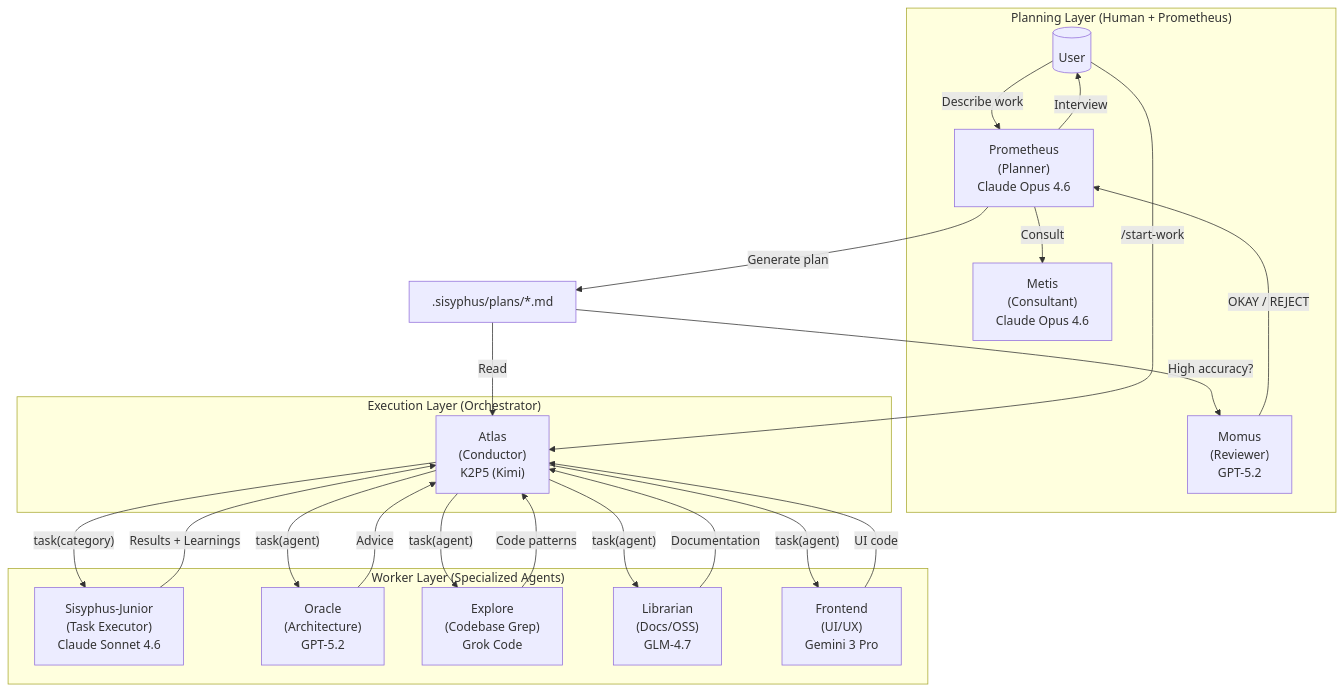
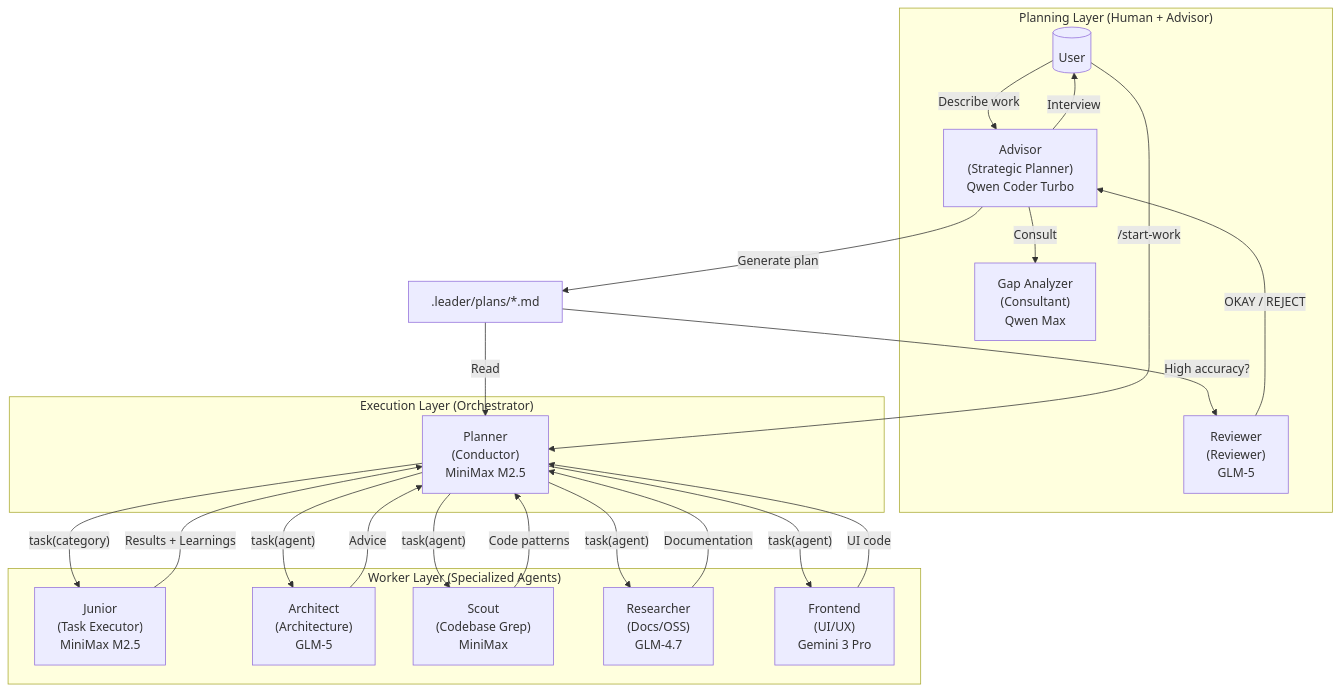
Before and after one commit to DevSquad-AI/DevSquad: the first of 3 diagrams in docs/guide/orchestration.md, drawn with Mermaid. The commit also changed other lines of this file and 8 other files, not shown here.

````diff
--- a/docs/guide/orchestration.md
+++ b/docs/guide/orchestration.md
@@ -33,43 +33,43 @@
 ```mermaid
 flowchart TB
-    subgraph Planning["Planning Layer (Human + Prometheus)"]
+    subgraph Planning["Planning Layer (Human + Advisor)"]
         User[(" User")]
-        Prometheus[" Prometheus<br/>(Planner)<br/>Claude Opus 4.6"]
-        Metis[" Metis<br/>(Consultant)<br/>Claude Opus 4.6"]
-        Momus[" Momus<br/>(Reviewer)<br/>GPT-5.2"]
+        Advisor[" Advisor<br/>(Strategic Planner)<br/>Qwen Coder Turbo"]
+        GapAnalyzer[" Gap Analyzer<br/>(Consultant)<br/>Qwen Max"]
+        Reviewer[" Reviewer<br/>(Reviewer)<br/>GLM-5"]
     end
     
     subgraph Execution["Execution Layer (Orchestrator)"]
-        Orchestrator[" Atlas<br/>(Conductor)<br/>K2P5 (Kimi)"]
+        Orchestrator[" Planner<br/>(Conductor)<br/>MiniMax M2.5"]
     end
     
     subgraph Workers["Worker Layer (Specialized Agents)"]
-        Junior[" Sisyphus-Junior<br/>(Task Executor)<br/>Claude Sonnet 4.6"]
-        Oracle[" Oracle<br/>(Architecture)<br/>GPT-5.2"]
-        Explore[" Explore<br/>(Codebase Grep)<br/>Grok Code"]
-        Librarian[" Librarian<br/>(Docs/OSS)<br/>GLM-4.7"]
+        Junior[" Junior<br/>(Task Executor)<br/>MiniMax M2.5"]
+        Architect[" Architect<br/>(Architecture)<br/>GLM-5"]
+        Scout[" Scout<br/>(Codebase Grep)<br/>MiniMax"]
+        Researcher[" Researcher<br/>(Docs/OSS)<br/>GLM-4.7"]
         Frontend[" Frontend<br/>(UI/UX)<br/>Gemini 3 Pro"]
     end
     
-    User -->|"Describe work"| Prometheus
-    Prometheus -->|"Consult"| Metis
-    Prometheus -->|"Interview"| User
-    Prometheus -->|"Generate plan"| Plan[".sisyphus/plans/*.md"]
-    Plan -->|"High accuracy?"| Momus
-    Momus -->|"OKAY / REJECT"| Prometheus
+    User -->|"Describe work"| Advisor
+    Advisor -->|"Consult"| GapAnalyzer
+    Advisor -->|"Interview"| User
+    Advisor -->|"Generate plan"| Plan[".leader/plans/*.md"]
+    Plan -->|"High accuracy?"| Reviewer
+    Reviewer -->|"OKAY / REJECT"| Advisor
     
     User -->|"/start-work"| Orchestrator
     Plan -->|"Read"| Orchestrator
     
     Orchestrator -->|"task(category)"| Junior
-    Orchestrator -->|"task(agent)"| Oracle
-    Orchestrator -->|"task(agent)"| Explore
-    Orchestrator -->|"task(agent)"| Librarian
+    Orchestrator -->|"task(agent)"| Architect
+    Orchestrator -->|"task(agent)"| Scout
+    Orchestrator -->|"task(agent)"| Researcher
     Orchestrator -->|"task(agent)"| Frontend
     
     Junior -->|"Results + Learnings"| Orchestrator
-    Oracle -->|"Advice"| Orchestrator
-    Explore -->|"Code patterns"| Orchestrator
-    Librarian -->|"Documentation"| Orchestrator
+    Architect -->|"Advice"| Orchestrator
+    Scout -->|"Code patterns"| Orchestrator
+    Researcher -->|"Documentation"| Orchestrator
     Frontend -->|"UI code"| Orchestrator
 ```
````
